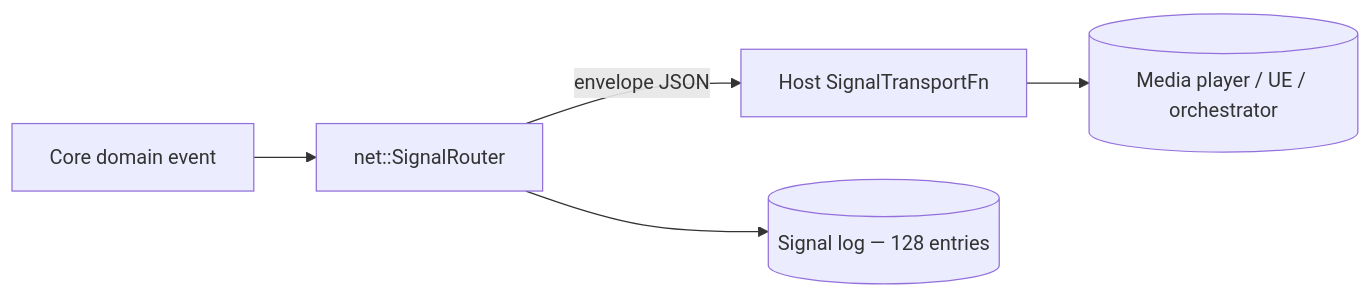
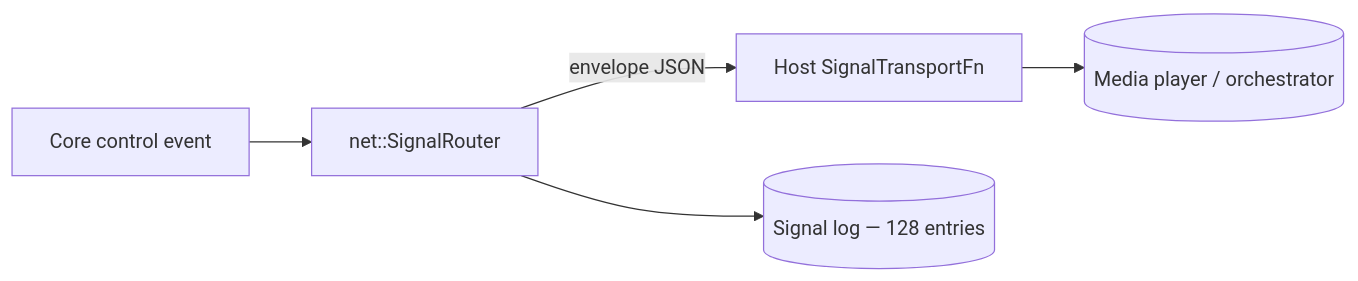
One commit to vecnode/droidcli changed the second of 3 diagrams in ARCHITECTURE.md. Above: the diagram before and after it, drawn with Mermaid. The commit also changed other lines of this file and 85 other files, not shown here.

````diff
--- a/ARCHITECTURE.md
+++ b/ARCHITECTURE.md
@@ -361,7 +138,7 @@
 ```mermaid
 flowchart LR
-    Domain[Core domain event] --> Router[net::SignalRouter]
+    Domain[Core control event] --> Router[net::SignalRouter]
     Router -->|envelope JSON| Transport[Host SignalTransportFn]
-    Transport --> Peer[(Media player / UE / orchestrator)]
+    Transport --> Peer[(Media player / orchestrator)]
     Router --> Log[(Signal log — 128 entries)]
 ```
````
